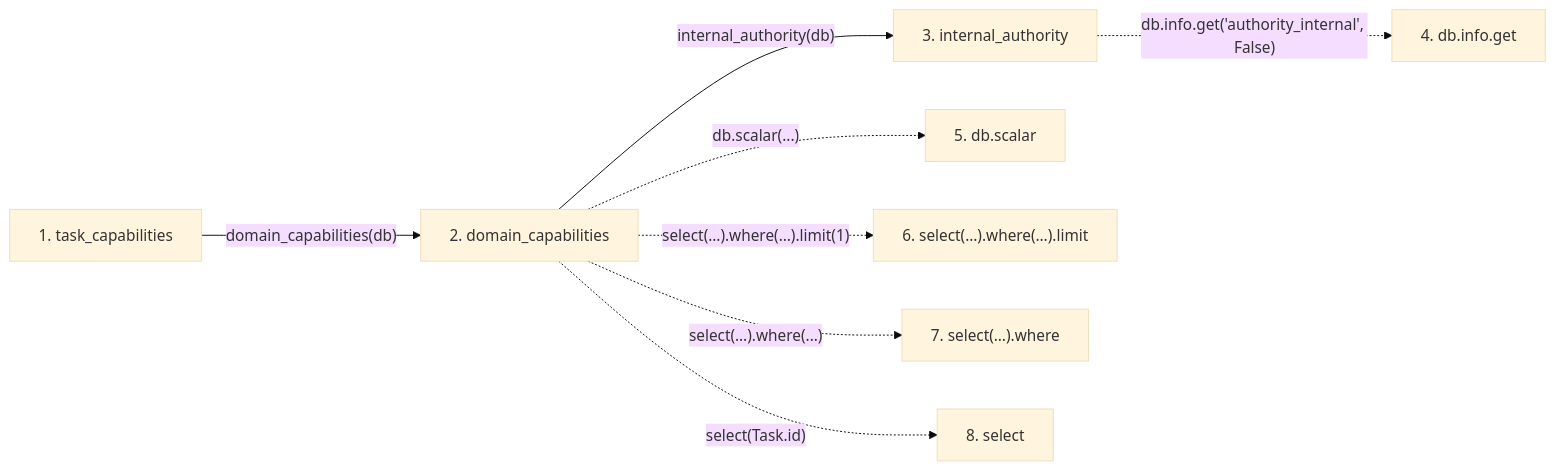
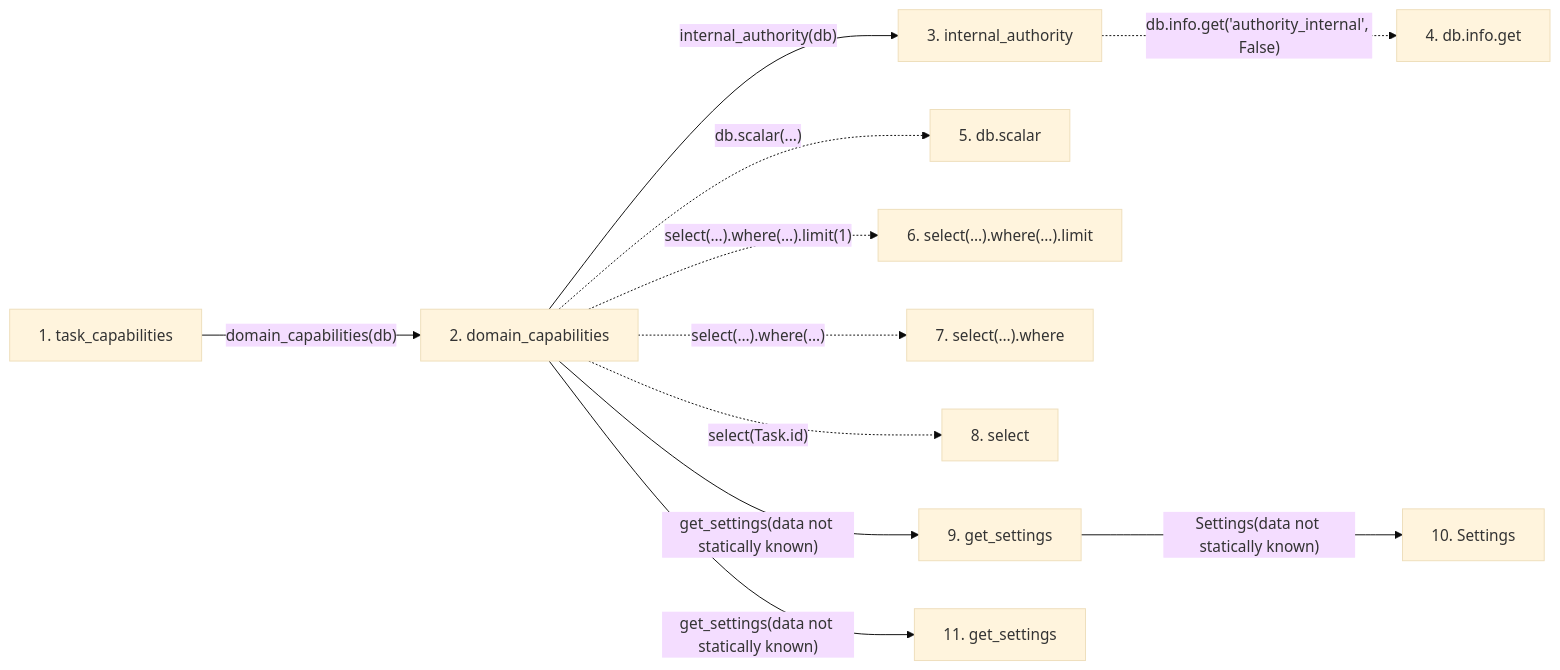
Before and after one commit to Denissvgn/WorkChord: the second of 2 diagrams in docs/llm_wiki/flows/http-task_capabilities.md, drawn with Mermaid (base theme). The commit also changed other lines of this file and 6624 other files, not shown here.

````diff
--- a/docs/llm_wiki/flows/http-task_capabilities.md
+++ b/docs/llm_wiki/flows/http-task_capabilities.md
@@ -32,21 +37,30 @@
 ```mermaid
 flowchart LR
     s1["1. task_capabilities"]
     s2["2. domain_capabilities"]
     s3["3. internal_authority"]
     s4["4. db.info.get"]
     s5["5. db.scalar"]
     s6["6. select(…).where(…).limit"]
     s7["7. select(…).where"]
     s8["8. select"]
+    s9["9. get_settings"]
+    s10["10. Settings"]
+    s11["11. get_settings"]
     s1 -->|"domain_capabilities(db)"| s2
     s2 -->|"internal_authority(db)"| s3
     s3 -. "db.info.get('authority_internal', False)" .-> s4
     s2 -. "db.scalar(...)" .-> s5
     s2 -. "select(…).where(…).limit(1)" .-> s6
     s2 -. "select(…).where(...)" .-> s7
     s2 -. "select(Task.id)" .-> s8
+    s2 -->|"get_settings(data not statically known)"| s9
+    s9 -->|"Settings(data not statically known)"| s10
+    s2 -->|"get_settings(data not statically known)"| s11
     click s1 "../modules/routers_task_domain.md"
     click s2 "../modules/task_domain_service.md"
     click s3 "../modules/authority.md"
+    click s9 "../modules/config.md"
+    click s10 "../modules/config.md"
+    click s11 "../modules/config.md"
 ```
````
